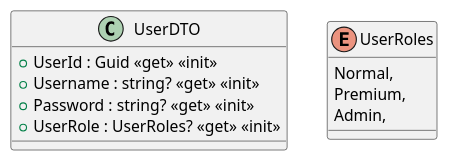
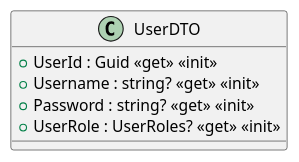
Before and after one commit to cutehusky/SoftwareDesignProject: the diagram in Main/Doc/DTO/UserDTO.puml, drawn with PlantUML. The commit also changed 131 other files, not shown here.

Commit message:
doc: class diagram and c4 model

```diff
--- a/Main/Doc/DTO/UserDTO.puml
+++ b/Main/Doc/DTO/UserDTO.puml
@@ -1,13 +1,8 @@
 @startuml
 class UserDTO {
     + UserId : Guid <<get>> <<init>>
     + Username : string? <<get>> <<init>>
     + Password : string? <<get>> <<init>>
     + UserRole : UserRoles? <<get>> <<init>>
 }
-enum UserRoles {
-    Normal,
-    Premium,
-    Admin,
-}
 @enduml
```
